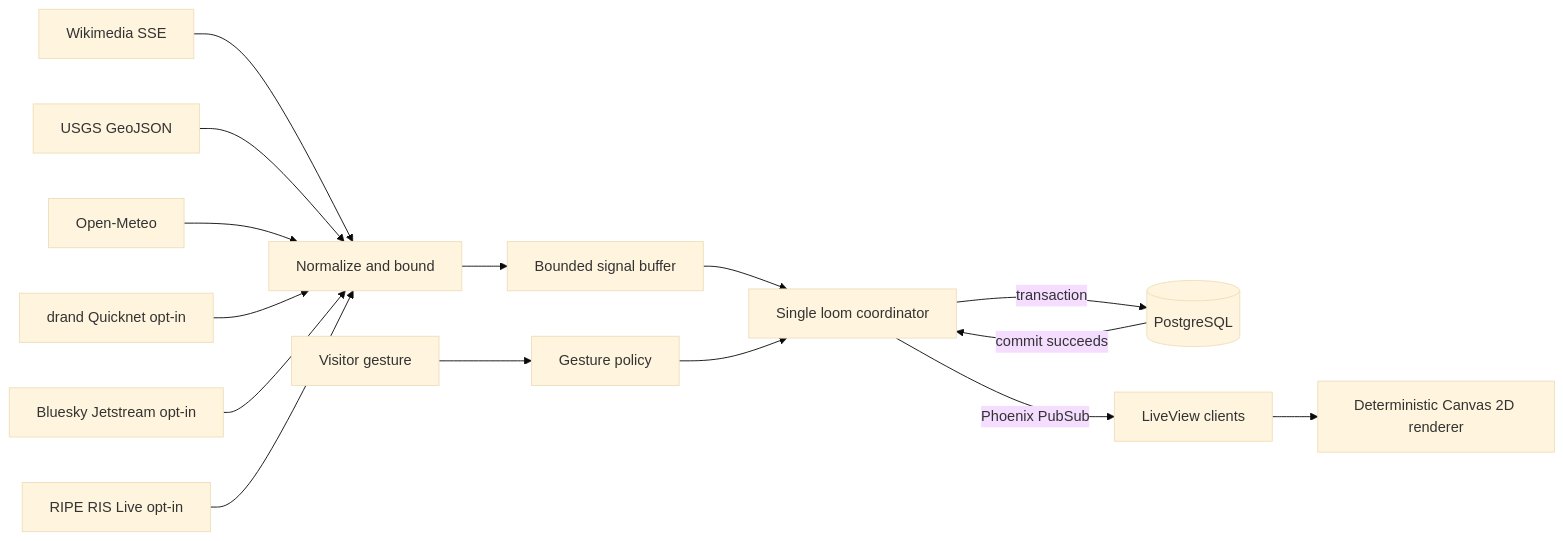
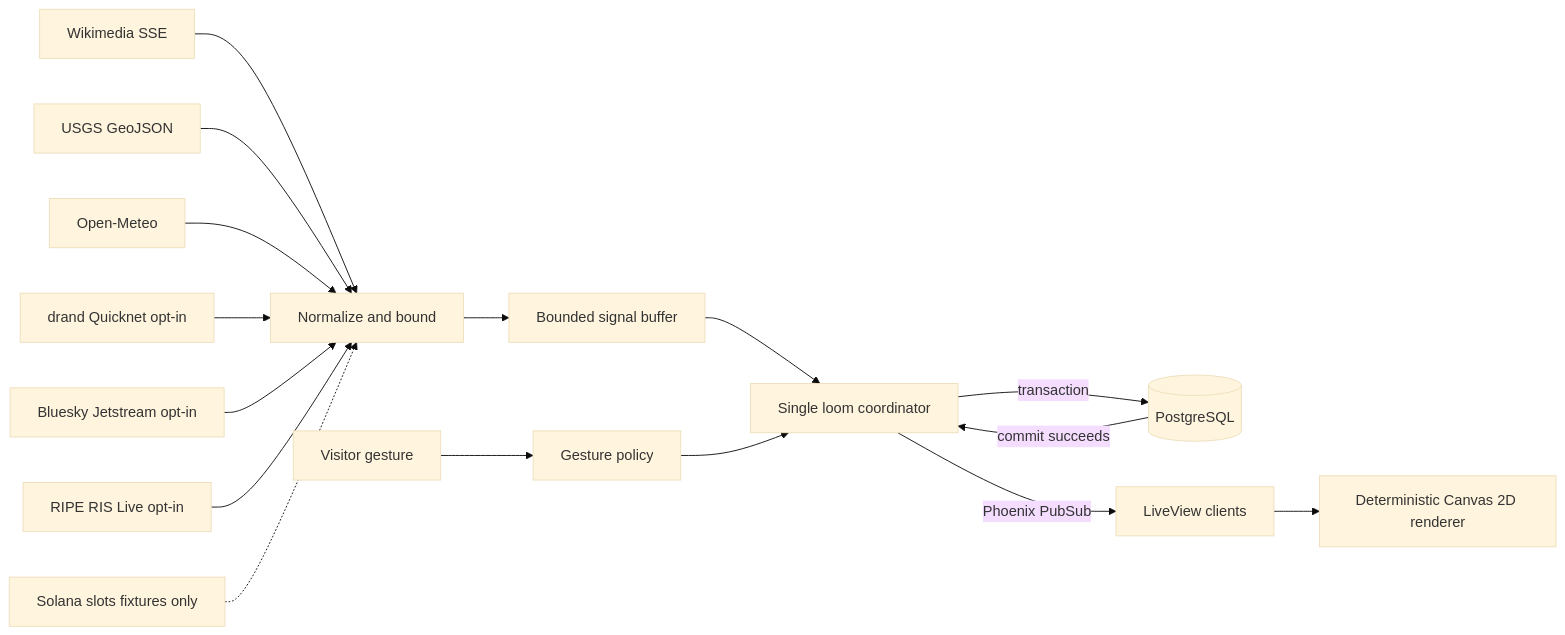
One commit to romankhadka/worldloom changed the diagram in README.md. Above: the diagram before and after it, drawn with Mermaid (base theme). The commit also changed other lines of this file and 11 other files, not shown here.

````diff
--- a/README.md
+++ b/README.md
@@ -35,17 +36,18 @@
 ```mermaid
 flowchart LR
   W[Wikimedia SSE] --> N[Normalize and bound]
   U[USGS GeoJSON] --> N
   M[Open-Meteo] --> N
   DQ[drand Quicknet opt-in] --> N
   BJ[Bluesky Jetstream opt-in] --> N
   RR[RIPE RIS Live opt-in] --> N
+  SS[Solana slots fixtures only] -.-> N
   V[Visitor gesture] --> P[Gesture policy]
   N --> BUF[Bounded signal buffer]
   BUF --> C[Single loom coordinator]
   P --> C
   C -->|transaction| D[(PostgreSQL)]
   D -->|commit succeeds| C
   C -->|Phoenix PubSub| L[LiveView clients]
   L --> R[Deterministic Canvas 2D renderer]
 ```
````
